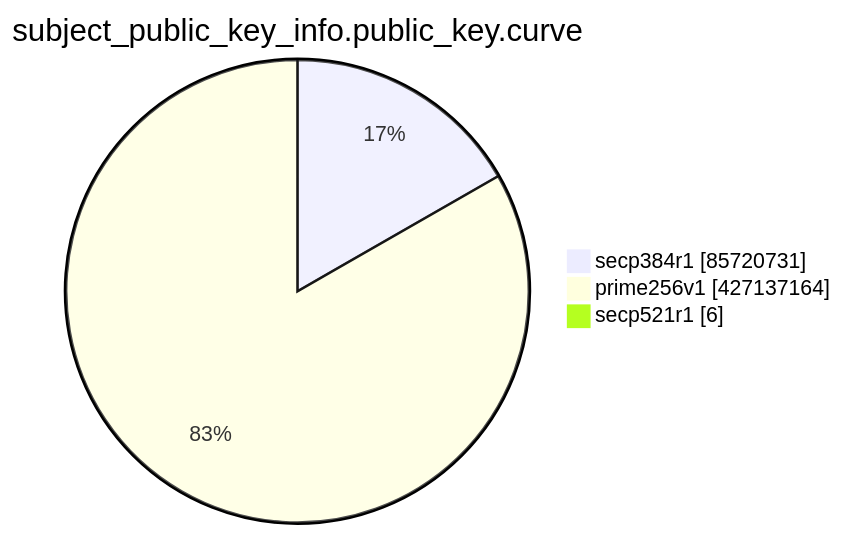
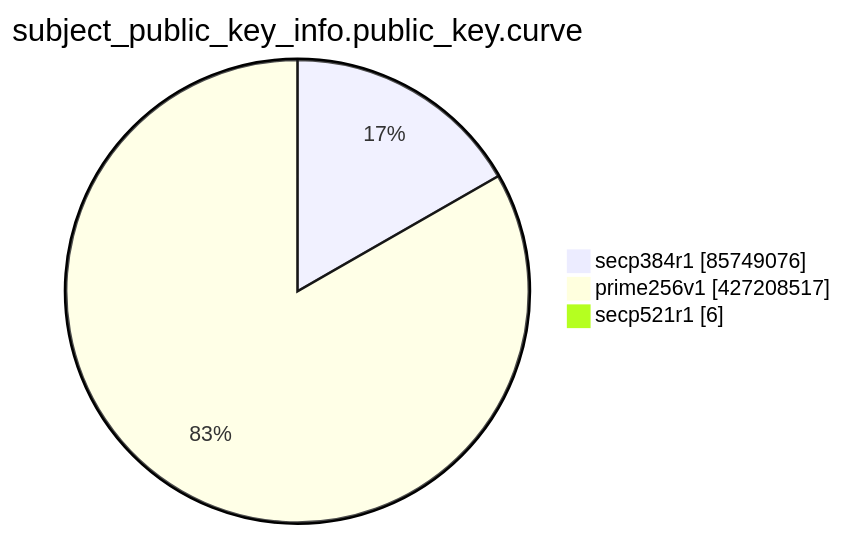
One commit to christiankrug/ctmonitor_visualization changed the eighth of 15 diagrams in TOTAL/README.md. Above: the diagram before and after it, drawn with Mermaid. The commit also changed other lines of this file, not shown here.

````diff
--- a/TOTAL/README.md
+++ b/TOTAL/README.md
@@ -3100,7 +3100,7 @@
 ```mermaid
 pie showData
 title subject_public_key_info.public_key.curve
-"secp384r1" :85720731
-"prime256v1" :427137164
+"secp384r1" :85749076
+"prime256v1" :427208517
 "secp521r1" :6
 ```
````
